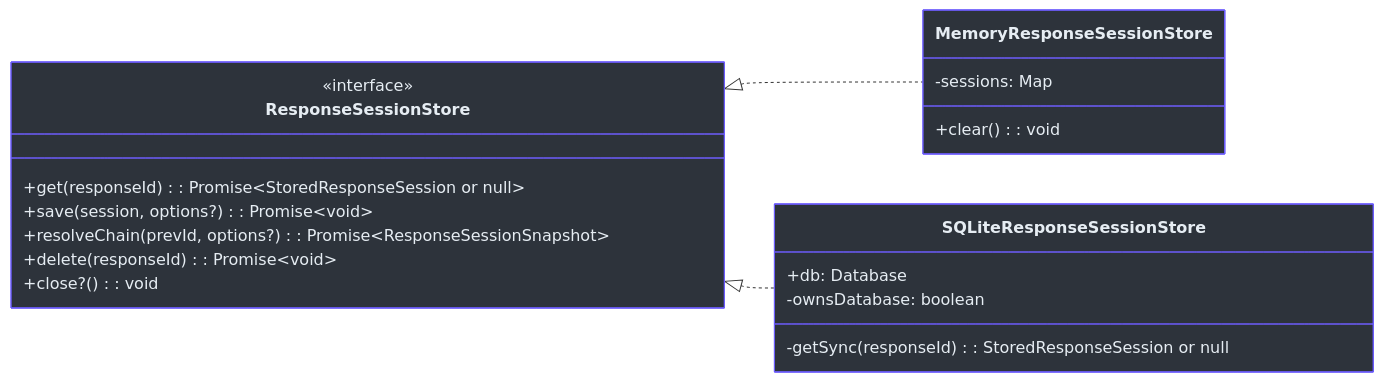
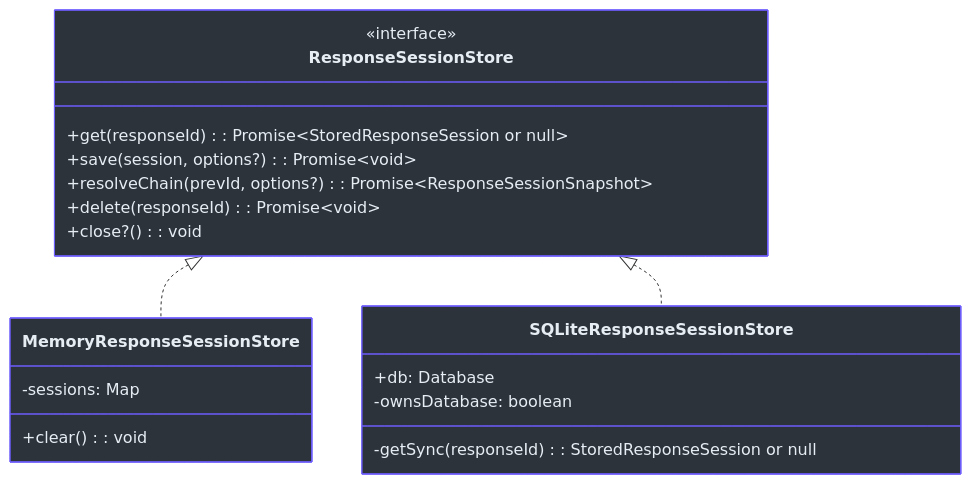
The first of 3 diagrams in wiki/04-session-management/session-stores.md (Ahoo-Wang/GodeX), drawn with Mermaid before and after one commit. The commit also changed other lines of this file and 19 other files, not shown here.

First line of the commit message:
fix: remove unsupported Mermaid syntax (style in sequenceDiagram, direction in classDiagram)

````diff
--- a/wiki/04-session-management/session-stores.md
+++ b/wiki/04-session-management/session-stores.md
@@ -51,31 +51,30 @@
 ```mermaid
 classDiagram
-    direction LR
 
     class ResponseSessionStore {
         <<interface>>
         +get(responseId): Promise~StoredResponseSession or null~
         +save(session, options?): Promise~void~
         +resolveChain(prevId, options?): Promise~ResponseSessionSnapshot~
         +delete(responseId): Promise~void~
         +close?(): void
     }
 
     class MemoryResponseSessionStore {
         -sessions: Map
         +clear(): void
     }
 
     class SQLiteResponseSessionStore {
         +db: Database
         -ownsDatabase: boolean
         -getSync(responseId): StoredResponseSession or null
     }
 
     ResponseSessionStore <|.. MemoryResponseSessionStore
     ResponseSessionStore <|.. SQLiteResponseSessionStore
 
     style ResponseSessionStore fill:#2d333b,stroke:#6d5dfc,color:#e6edf3
     style MemoryResponseSessionStore fill:#2d333b,stroke:#6d5dfc,color:#e6edf3
     style SQLiteResponseSessionStore fill:#2d333b,stroke:#6d5dfc,color:#e6edf3
 ```
````
